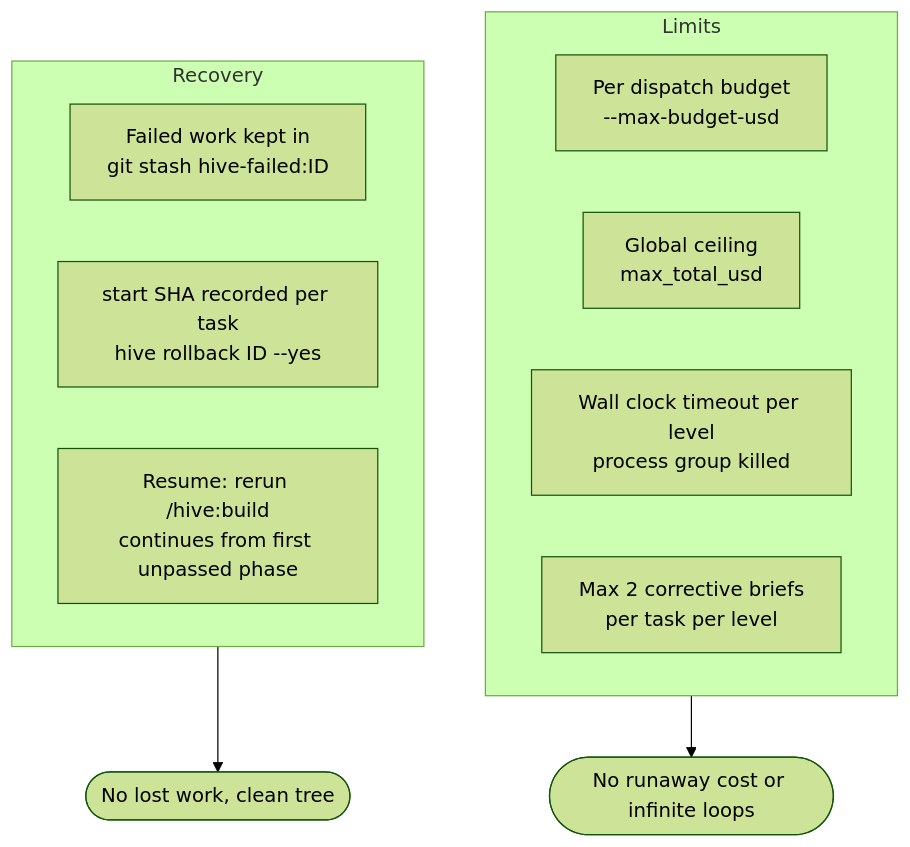
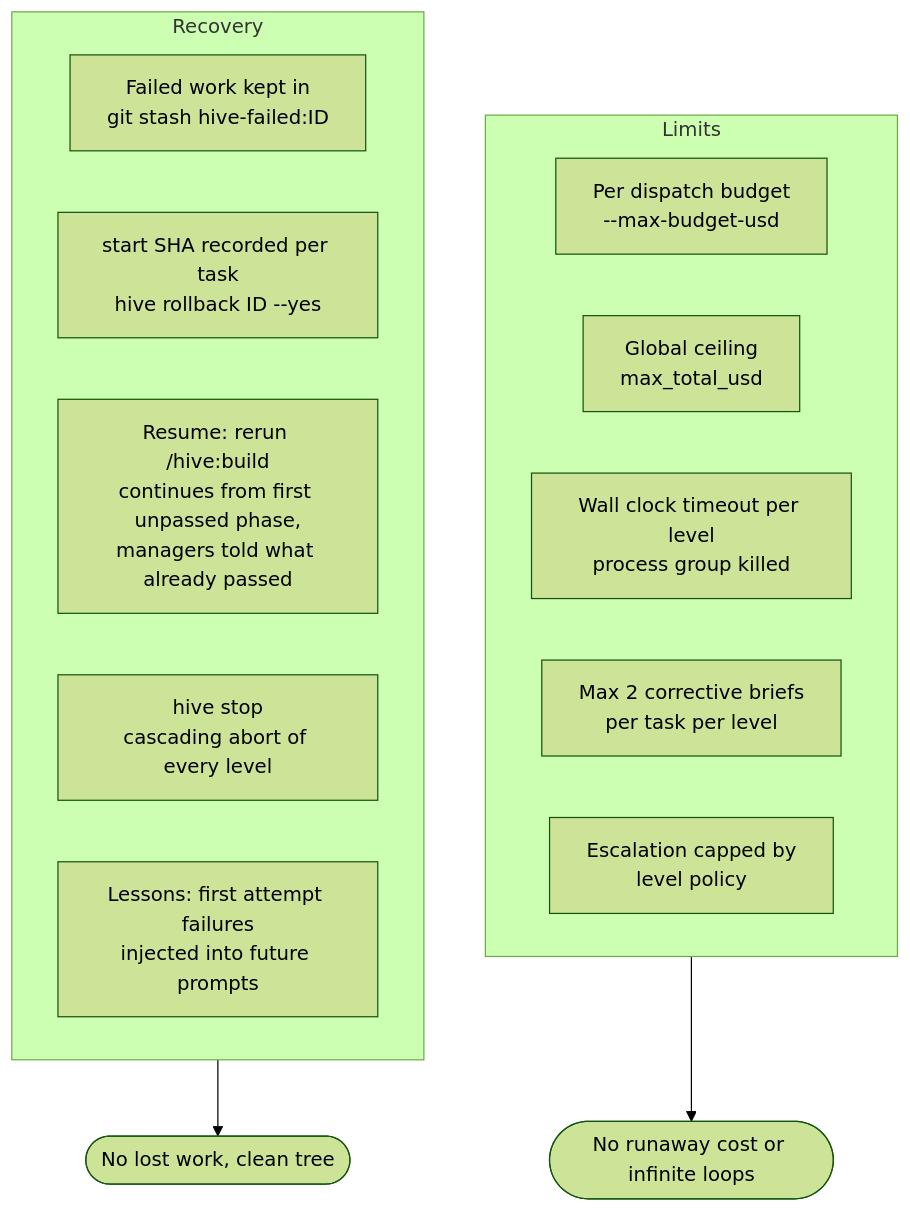
The third of 4 diagrams in docs/system/07-failure-and-escalation.md (Waleed178-del/lets-do-it), drawn with Mermaid (forest theme) before and after one commit. The commit also changed other lines of this file and 14 other files, not shown here.

First line of the commit message:
Enforce delegation in the engine, add @commands verify, diagrams for 2.0

````diff
--- a/docs/system/07-failure-and-escalation.md
+++ b/docs/system/07-failure-and-escalation.md
@@ -50,16 +50,19 @@
 ```mermaid
 flowchart TD
     subgraph Limits
         L1["Per dispatch budget<br/>--max-budget-usd"]
         L2["Global ceiling<br/>max_total_usd"]
         L3["Wall clock timeout per level<br/>process group killed"]
         L4["Max 2 corrective briefs<br/>per task per level"]
+        L5["Escalation capped by<br/>level policy"]
     end
     subgraph Recovery
         R1["Failed work kept in<br/>git stash hive-failed:ID"]
         R2["start SHA recorded per task<br/>hive rollback ID --yes"]
-        R3["Resume: rerun /hive:build<br/>continues from first unpassed phase"]
+        R3["Resume: rerun /hive:build<br/>continues from first unpassed phase,<br/>managers told what already passed"]
+        R4["hive stop<br/>cascading abort of every level"]
+        R5["Lessons: first attempt failures<br/>injected into future prompts"]
     end
     Limits --> NoRunaway(["No runaway cost or infinite loops"])
     Recovery --> NoLoss(["No lost work, clean tree"])
 ```
````
